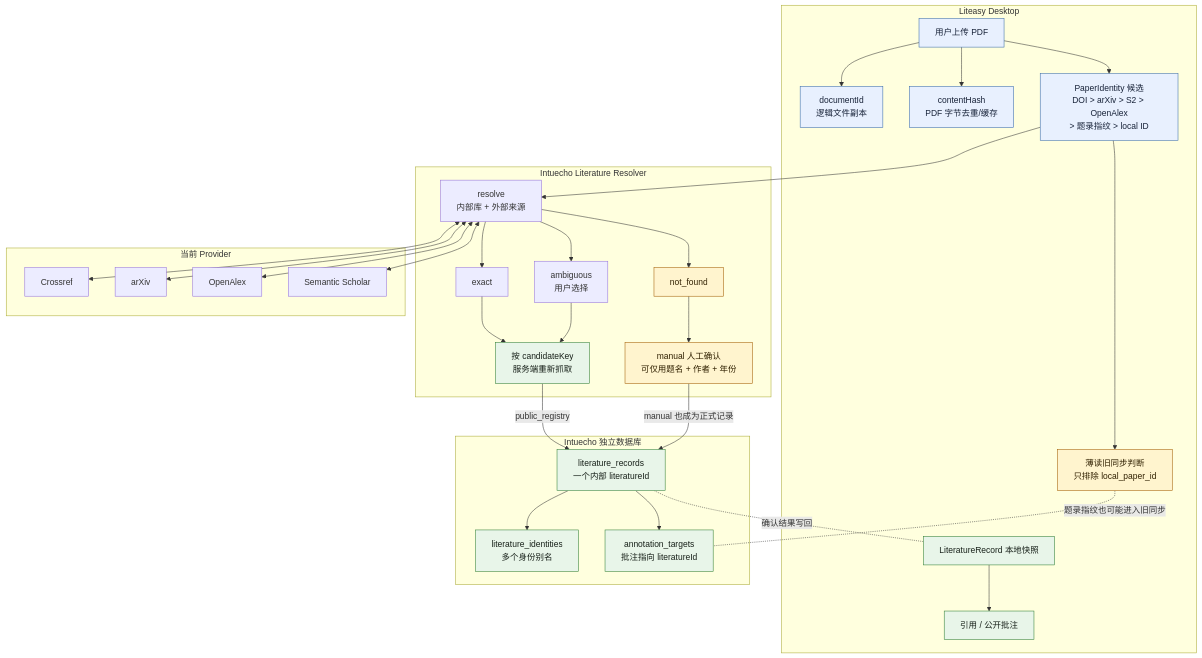
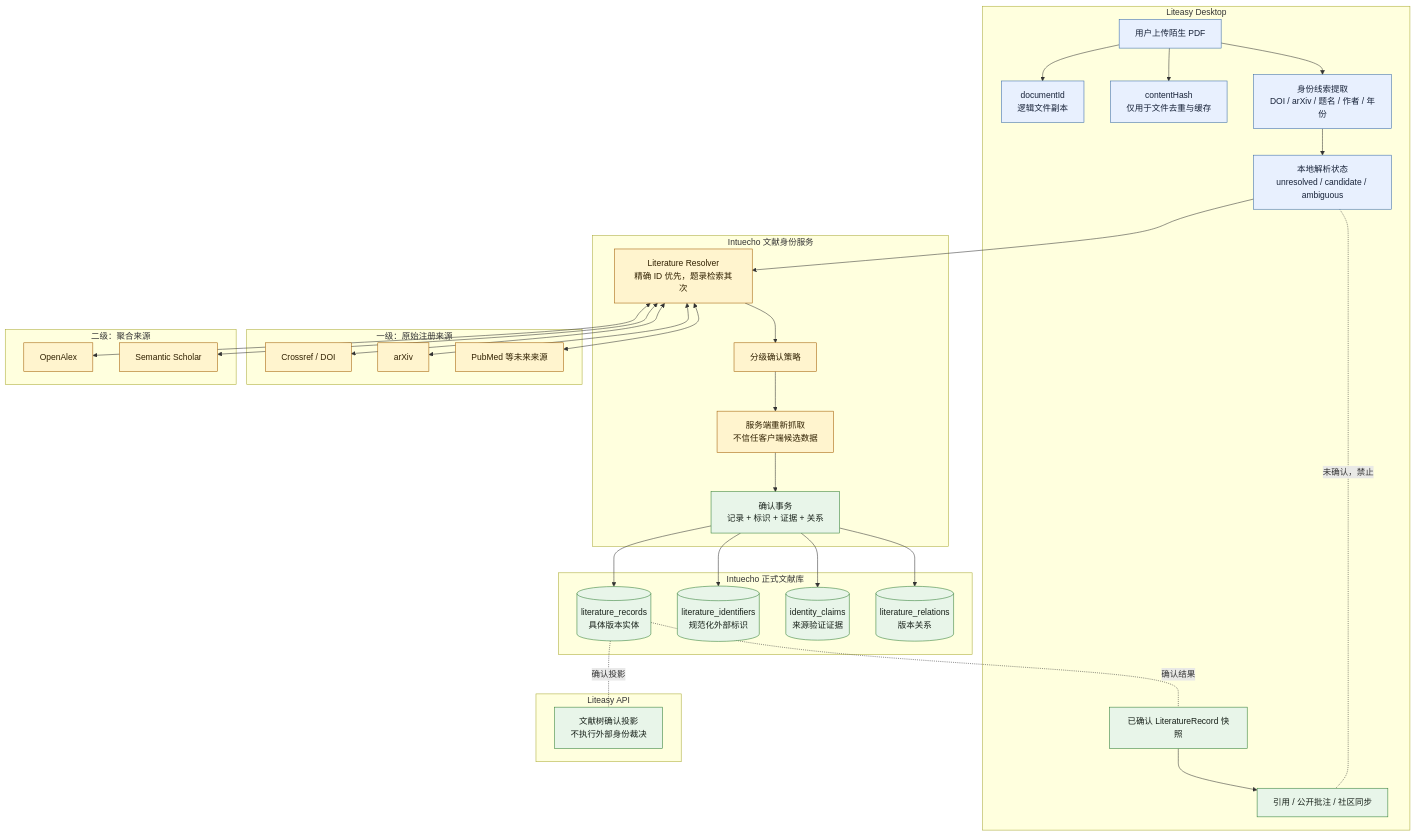
The first of 6 diagrams in docs/design/文献身份.md (Hash012/Liteasy), drawn with Mermaid before and after one commit. The commit also changed other lines of this file and 1 other file, not shown here.

Commit message:
docs: define source-confirmed literature identity

````diff
--- a/docs/design/文献身份.md
+++ b/docs/design/文献身份.md
@@ -3,69 +5,77 @@
 ```mermaid
 flowchart TB
   subgraph Desktop["Liteasy Desktop"]
-    PDF["用户上传 PDF"]
+    PDF["用户上传陌生 PDF"]
     DOC["documentId<br/>逻辑文件副本"]
-    HASH["contentHash<br/>PDF 字节去重/缓存"]
-    PI["PaperIdentity 候选<br/>DOI > arXiv > S2 > OpenAlex<br/>> 题录指纹 > local ID"]
-    SNAP["LiteratureRecord 本地快照"]
-    PUB["引用 / 公开批注"]
-    LEGACY["薄读旧同步判断<br/>只排除 local_paper_id"]
+    HASH["contentHash<br/>仅用于文件去重与缓存"]
+    HINTS["身份线索提取<br/>DOI / arXiv / 题名 / 作者 / 年份"]
+    LOCAL["本地解析状态<br/>unresolved / candidate / ambiguous"]
+    SNAPSHOT["已确认 LiteratureRecord 快照"]
+    USE["引用 / 公开批注 / 社区同步"]
   end
 
-  subgraph Resolver["Intuecho Literature Resolver"]
-    RESOLVE["resolve<br/>内部库 + 外部来源"]
-    EXACT["exact"]
-    AMBIG["ambiguous<br/>用户选择"]
-    NOTFOUND["not_found"]
-    REFETCH["按 candidateKey<br/>服务端重新抓取"]
-    MANUAL["manual 人工确认<br/>可仅用题名 + 作者 + 年份"]
+  subgraph Intuecho["Intuecho 文献身份服务"]
+    RESOLVER["Literature Resolver<br/>精确 ID 优先，题录检索其次"]
+    POLICY["分级确认策略"]
+    REFETCH["服务端重新抓取<br/>不信任客户端候选数据"]
+    TRANSACTION["确认事务<br/>记录 + 标识 + 证据 + 关系"]
   end
 
-  subgraph Providers["当前 Provider"]
-    CROSSREF["Crossref"]
+  subgraph Tier1["一级：原始注册来源"]
+    CROSSREF["Crossref / DOI"]
     ARXIV["arXiv"]
+    PUBMED["PubMed 等未来来源"]
+  end
+
+  subgraph Tier2["二级：聚合来源"]
     OPENALEX["OpenAlex"]
     S2["Semantic Scholar"]
   end
 
-  subgraph IntuechoDB["Intuecho 独立数据库"]
-    RECORD["literature_records<br/>一个内部 literatureId"]
-    IDS["literature_identities<br/>多个身份别名"]
-    TARGET["annotation_targets<br/>批注指向 literatureId"]
+  subgraph FormalDB["Intuecho 正式文献库"]
+    RECORDS[("literature_records<br/>具体版本实体")]
+    IDENTIFIERS[("literature_identifiers<br/>规范化外部标识")]
+    CLAIMS[("identity_claims<br/>来源验证证据")]
+    RELATIONS[("literature_relations<br/>版本关系")]
+  end
+
+  subgraph LiteasyAPI["Liteasy API"]
+    PROJECTION["文献树确认投影<br/>不执行外部身份裁决"]
   end
 
   PDF --> DOC
   PDF --> HASH
-  PDF --> PI
+  PDF --> HINTS
+  HINTS --> LOCAL
+  LOCAL --> RESOLVER
 
-  PI --> RESOLVE
-  RESOLVE <--> CROSSREF
-  RESOLVE <--> ARXIV
-  RESOLVE <--> OPENALEX
-  RESOLVE <--> S2
+  RESOLVER <--> CROSSREF
+  RESOLVER <--> ARXIV
+  RESOLVER <--> PUBMED
+  RESOLVER <--> OPENALEX
+  RESOLVER <--> S2
 
-  RESOLVE --> EXACT
-  RESOLVE --> AMBIG
-  RESOLVE --> NOTFOUND
-  EXACT --> REFETCH
-  AMBIG --> REFETCH
-  NOTFOUND --> MANUAL
+  RESOLVER --> POLICY
+  POLICY --> REFETCH
+  REFETCH --> TRANSACTION
 
-  REFETCH -->|public_registry| RECORD
-  MANUAL -->|manual 也成为正式记录| RECORD
-  RECORD --> IDS
-  RECORD --> TARGET
-  RECORD -.确认结果写回.- SNAP
-  SNAP --> PUB
+  TRANSACTION --> RECORDS
+  TRANSACTION --> IDENTIFIERS
+  TRANSACTION --> CLAIMS
+  TRANSACTION --> RELATIONS
 
-  PI --> LEGACY
-  LEGACY -.题录指纹也可能进入旧同步.- TARGET
+  RECORDS -.确认结果.- SNAPSHOT
+  RECORDS -.确认投影.- PROJECTION
+  SNAPSHOT --> USE
 
+  LOCAL -.未确认，禁止.- USE
+
+  classDef local fill:#e8f0fe,stroke:#3568a8,color:#172238;
+  classDef policy fill:#fff4ce,stroke:#a15c00,color:#302000;
   classDef formal fill:#e8f5e9,stroke:#2e7d32,color:#172019;
-  classDef warn fill:#fff4ce,stroke:#a15c00,color:#302000;
-  classDef local fill:#e8f0fe,stroke:#3568a8,color:#172238;
+  classDef blocked fill:#fdecec,stroke:#b42318,color:#3b1111;
 
-  class RECORD,IDS,TARGET,REFETCH,SNAP,PUB formal;
-  class MANUAL,LEGACY,NOTFOUND warn;
-  class PDF,DOC,HASH,PI local;
+  class PDF,DOC,HASH,HINTS,LOCAL local;
+  class RESOLVER,POLICY,REFETCH,CROSSREF,ARXIV,PUBMED,OPENALEX,S2 policy;
+  class TRANSACTION,RECORDS,IDENTIFIERS,CLAIMS,RELATIONS,SNAPSHOT,PROJECTION,USE formal;
 ```
````
